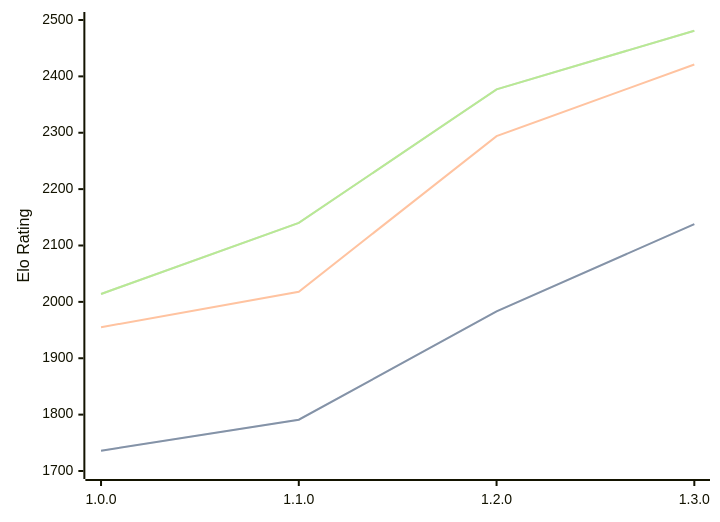
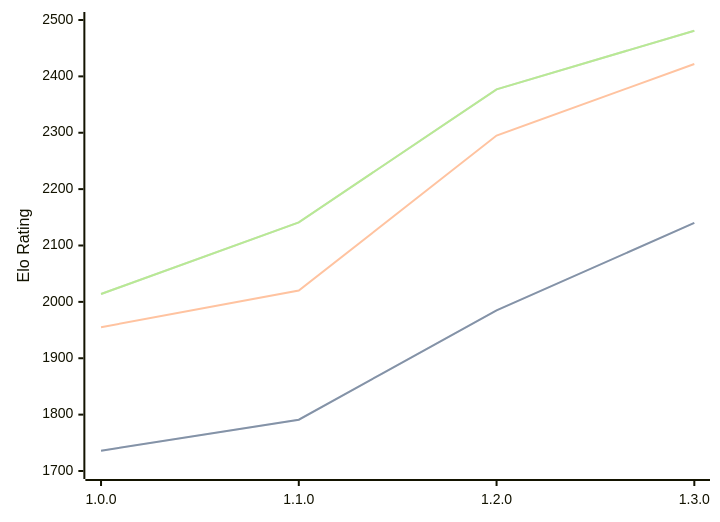
One commit to computer-chess-index/cci changed the diagram in engines/Anodos.md. Above: the diagram before and after it, drawn with Mermaid. The commit also changed other lines of this file, not shown here.

Commit message:
Update CCI Ratings (ELO VLTC) - 2026-07-23

````diff
--- a/engines/Anodos.md
+++ b/engines/Anodos.md
@@ -45,11 +45,11 @@
 ```mermaid
 %%{init: {"theme":"base","themeVariables":{"seriesColors:['#a3a3a3','#222221','#faa371']}}}%%
 xychart-beta
   x-axis ["1.0.0", "1.1.0", "1.2.0", "1.3.0"]
   y-axis "Elo Rating" 1700 --> 2500
-  line "STC (8.0+0.08s)" [1736, 1791, 1983, 2138]
-  line "STC (8.0+0.08s)" [1736, 1791, 1983, 2138]
-  line "LTC (60.0+0.60s)" [1955, 2018, 2294, 2421]
-  line "VLTC (2m24s+1.12s)" [2014, 2140, 2377, 2481]
-  line "VLTC (2m24s+1.12s)" [2014, 2140, 2377, 2481]
+  line "STC (8.0+0.08s)" [1736, 1791, 1985, 2140]
+  line "STC (8.0+0.08s)" [1736, 1791, 1985, 2140]
+  line "LTC (60.0+0.60s)" [1955, 2020, 2295, 2422]
+  line "VLTC (2m24s+1.12s)" [2014, 2141, 2377, 2481]
+  line "VLTC (2m24s+1.12s)" [2014, 2141, 2377, 2481]
 ```
````
